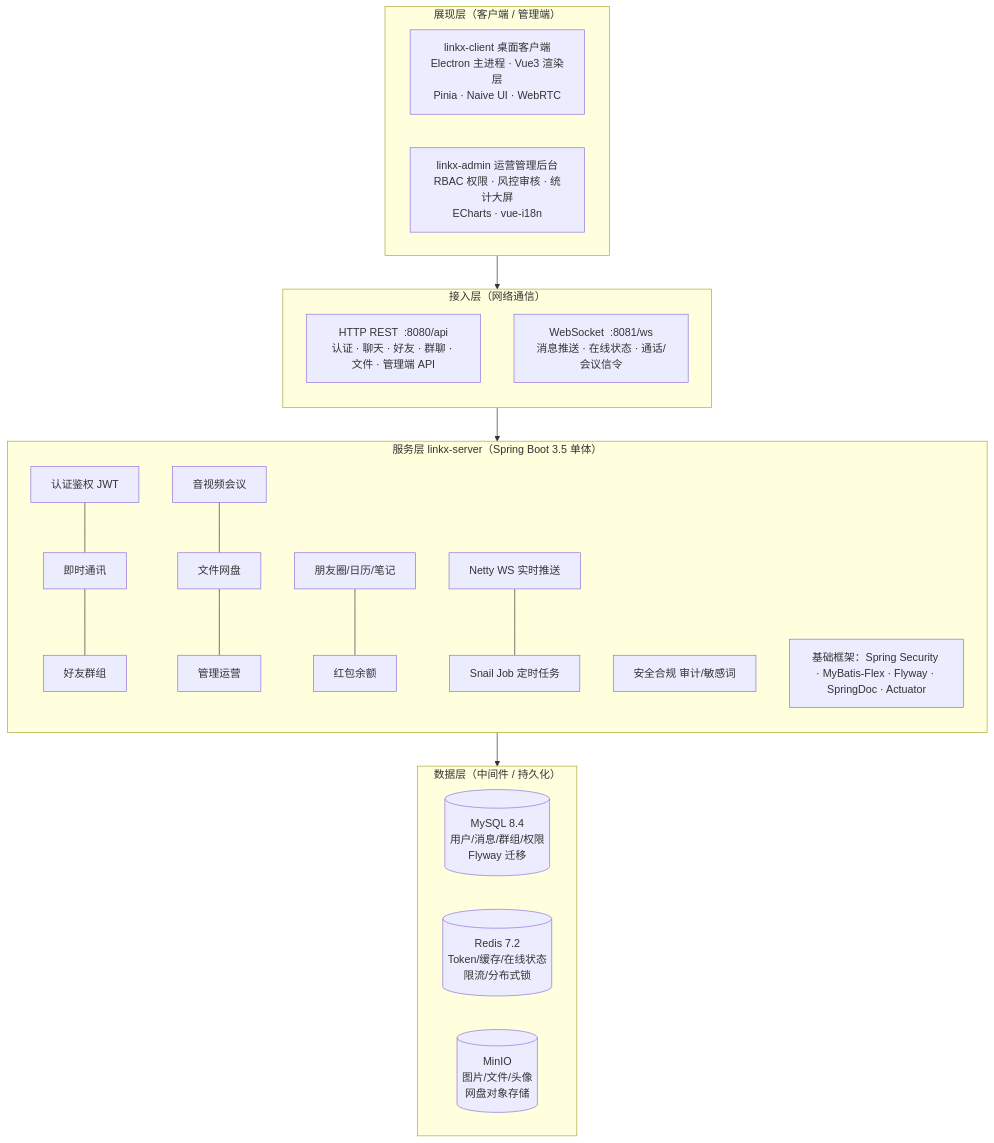
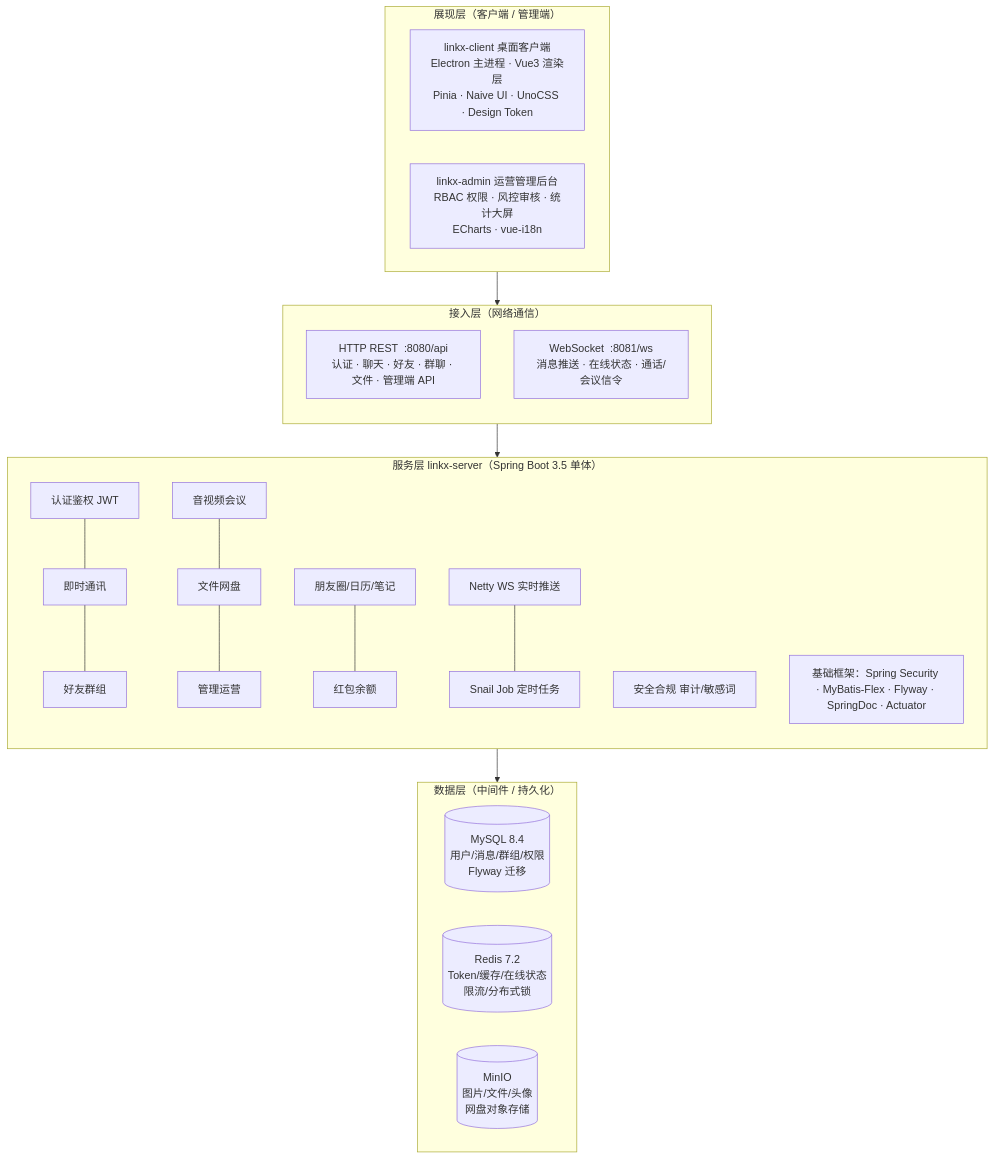
Before and after one commit to Yangleduo00337788/LINK-X: the diagram in README.md, drawn with Mermaid. The commit also changed other lines of this file and 7 other files, not shown here.

````diff
--- a/README.md
+++ b/README.md
@@ -114,35 +115,35 @@
 ```mermaid
 flowchart TB
     subgraph 展现层["展现层（客户端 / 管理端）"]
         direction LR
-        C["linkx-client 桌面客户端<br/>Electron 主进程 · Vue3 渲染层<br/>Pinia · Naive UI · WebRTC"]
+        C["linkx-client 桌面客户端<br/>Electron 主进程 · Vue3 渲染层<br/>Pinia · Naive UI · UnoCSS · Design Token"]
         A["linkx-admin 运营管理后台<br/>RBAC 权限 · 风控审核 · 统计大屏<br/>ECharts · vue-i18n"]
     end
 
     subgraph 接入层["接入层（网络通信）"]
         direction TB
         REST["HTTP REST  :8080/api<br/>认证 · 聊天 · 好友 · 群聊 · 文件 · 管理端 API"]
         WS["WebSocket  :8081/ws<br/>消息推送 · 在线状态 · 通话/会议信令"]
     end
 
     subgraph 服务层["服务层 linkx-server（Spring Boot 3.5 单体）"]
         direction TB
         M1["认证鉴权 JWT"] --- M2["即时通讯"] --- M3["好友群组"]
         M4["音视频会议"] --- M5["文件网盘"] --- M6["管理运营"]
         M7["朋友圈/日历/笔记"] --- M8["红包余额"]
         M9["Netty WS 实时推送"] --- M10["Snail Job 定时任务"]
         M11["安全合规 审计/敏感词"]
         FW["基础框架：Spring Security · MyBatis-Flex · Flyway · SpringDoc · Actuator"]
     end
 
     subgraph 数据层["数据层（中间件 / 持久化）"]
         direction LR
         DB[("MySQL 8.4<br/>用户/消息/群组/权限<br/>Flyway 迁移")]
         RD[("Redis 7.2<br/>Token/缓存/在线状态<br/>限流/分布式锁")]
         MO[("MinIO<br/>图片/文件/头像<br/>网盘对象存储")]
     end
 
     展现层 --> 接入层
     接入层 --> 服务层
     服务层 --> 数据层
 ```
````
